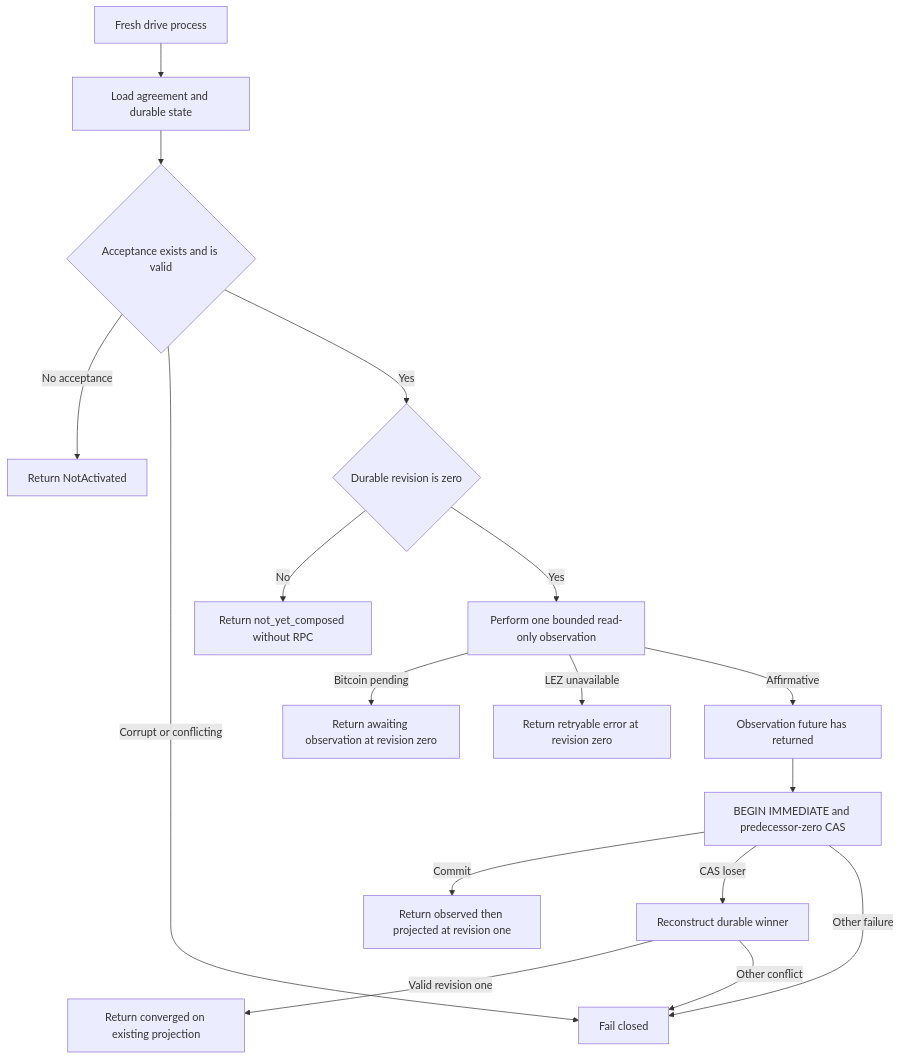
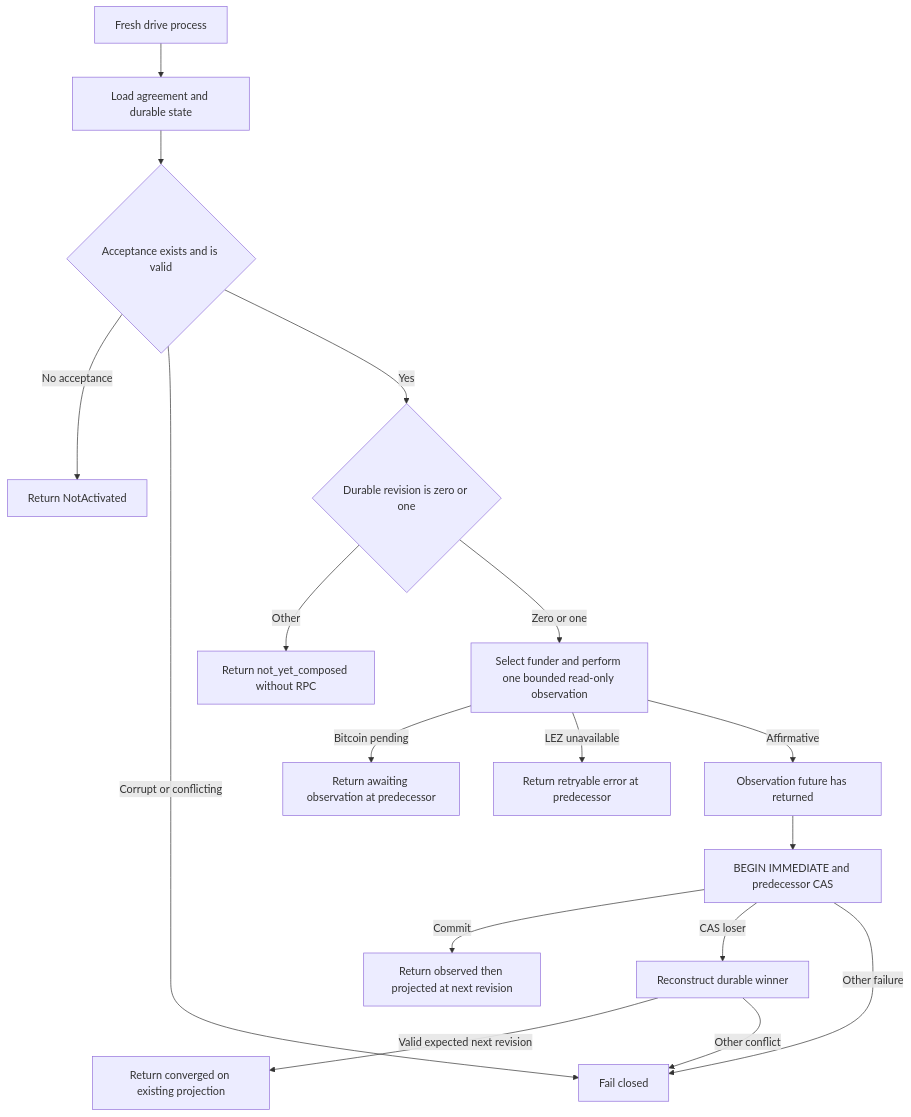
The second of 2 diagrams in docs/architecture/0031-one-shot-btc-actor-observe-before-project.md (gateway-fm/lez-atomic-swaps), drawn with Mermaid before and after one commit. The commit also changed other lines of this file and 10 other files, not shown here.

````diff
--- a/docs/architecture/0031-one-shot-btc-actor-observe-before-project.md
+++ b/docs/architecture/0031-one-shot-btc-actor-observe-before-project.md
@@ -116,19 +118,19 @@
 ```mermaid
 flowchart TD
     Start["Fresh drive process"] --> Load["Load agreement and durable state"]
     Load --> Accepted{"Acceptance exists and is valid"}
     Accepted -->|No acceptance| NotActivated["Return NotActivated"]
     Accepted -->|Corrupt or conflicting| Closed["Fail closed"]
-    Accepted -->|Yes| Revision{"Durable revision is zero"}
-    Revision -->|No| Later["Return not_yet_composed without RPC"]
-    Revision -->|Yes| Observe["Perform one bounded read-only observation"]
-    Observe -->|Bitcoin pending| Pending["Return awaiting observation at revision zero"]
-    Observe -->|LEZ unavailable| Retry["Return retryable error at revision zero"]
+    Accepted -->|Yes| Revision{"Durable revision is zero or one"}
+    Revision -->|Other| Later["Return not_yet_composed without RPC"]
+    Revision -->|Zero or one| Observe["Select funder and perform one bounded read-only observation"]
+    Observe -->|Bitcoin pending| Pending["Return awaiting observation at predecessor"]
+    Observe -->|LEZ unavailable| Retry["Return retryable error at predecessor"]
     Observe -->|Affirmative| Returned["Observation future has returned"]
-    Returned --> Project["BEGIN IMMEDIATE and predecessor-zero CAS"]
-    Project -->|Commit| One["Return observed then projected at revision one"]
+    Returned --> Project["BEGIN IMMEDIATE and predecessor CAS"]
+    Project -->|Commit| One["Return observed then projected at next revision"]
     Project -->|CAS loser| Inspect["Reconstruct durable winner"]
-    Inspect -->|Valid revision one| Converged["Return converged on existing projection"]
+    Inspect -->|Valid expected next revision| Converged["Return converged on existing projection"]
     Inspect -->|Other conflict| Closed["Fail closed"]
     Project -->|Other failure| Closed
 ```
````
